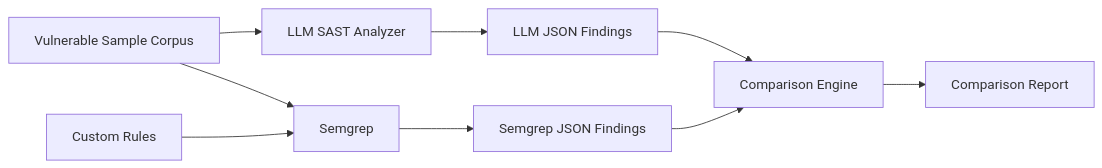
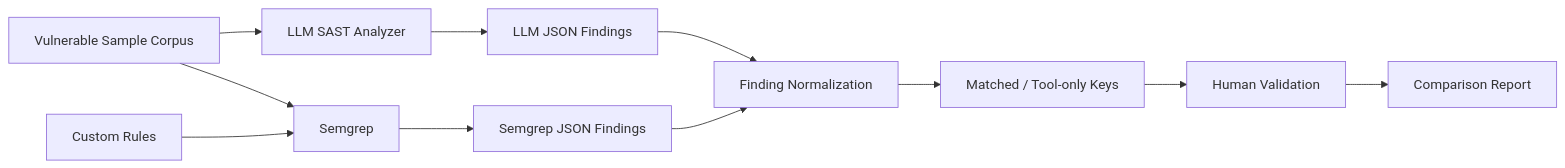
One commit to syifaniads/llm-semgrep-sast-comparison changed the diagram in README.md. Above: the diagram before and after it, drawn with Mermaid. The commit also changed other lines of this file, not shown here.

````diff
--- a/README.md
+++ b/README.md
@@ -32,11 +80,13 @@
 ```mermaid
 flowchart LR
     CODE[Vulnerable Sample Corpus] --> LLM[LLM SAST Analyzer]
     CODE --> SG[Semgrep]
     RULES[Custom Rules] --> SG
     LLM --> LJSON[LLM JSON Findings]
     SG --> SJSON[Semgrep JSON Findings]
-    LJSON --> CMP[Comparison Engine]
+    LJSON --> CMP[Finding Normalization]
     SJSON --> CMP
-    CMP --> REPORT[Comparison Report]
+    CMP --> OVERLAP[Matched / Tool-only Keys]
+    OVERLAP --> HUMAN[Human Validation]
+    HUMAN --> REPORT[Comparison Report]
 ```
````
